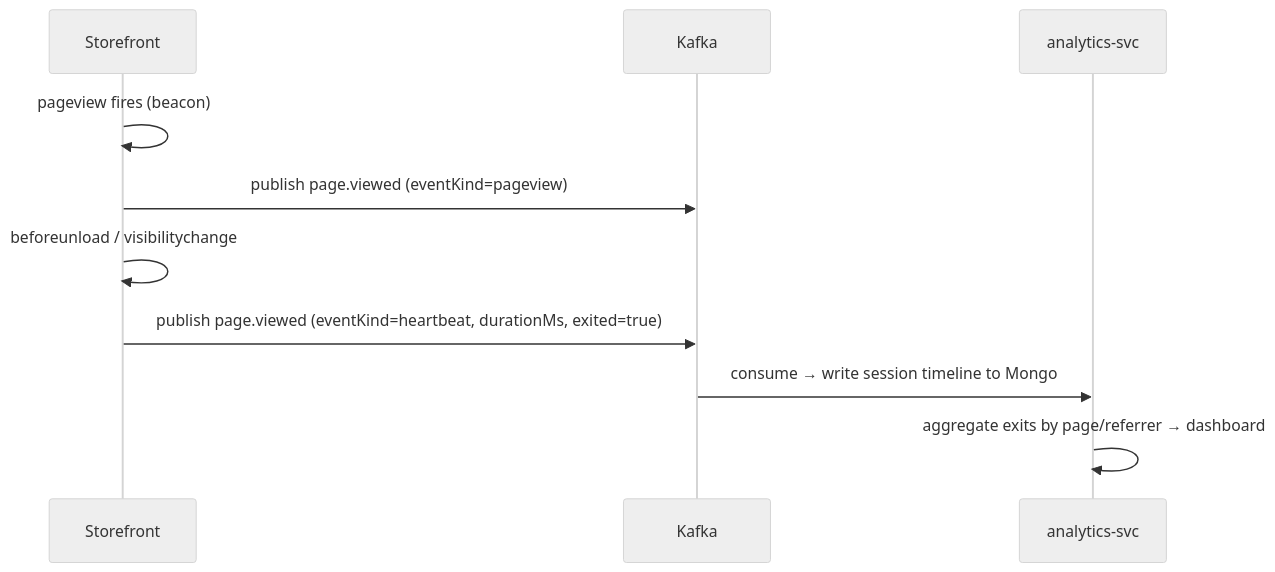
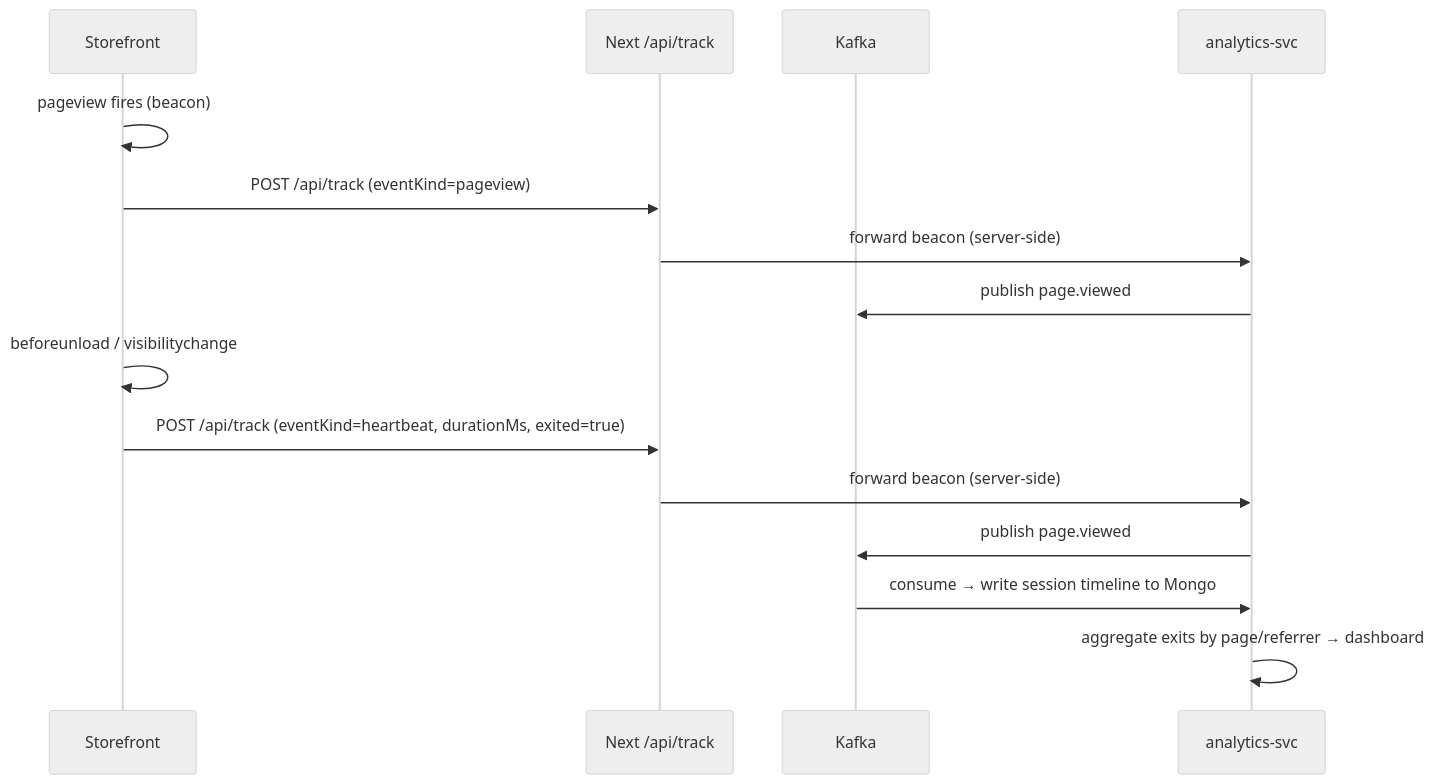
One commit to E-Commerce-BDA/Documentation changed the ninth of 9 diagrams in 1.Architecture.md. Above: the diagram before and after it, drawn with Mermaid (neutral theme). The commit also changed other lines of this file, not shown here.

First line of the commit message:
docs(architecture): correct the event transport claims

````diff
--- a/1.Architecture.md
+++ b/1.Architecture.md
@@ -731,13 +748,18 @@
 ```mermaid
 sequenceDiagram
     participant SF as Storefront
+    participant NB as Next /api/track
     participant K as Kafka
     participant AN as analytics-svc
 
     SF->>SF: pageview fires (beacon)
-    SF->>K: publish page.viewed (eventKind=pageview)
+    SF->>NB: POST /api/track (eventKind=pageview)
+    NB->>AN: forward beacon (server-side)
+    AN->>K: publish page.viewed
     SF->>SF: beforeunload / visibilitychange
-    SF->>K: publish page.viewed (eventKind=heartbeat, durationMs, exited=true)
+    SF->>NB: POST /api/track (eventKind=heartbeat, durationMs, exited=true)
+    NB->>AN: forward beacon (server-side)
+    AN->>K: publish page.viewed
     K->>AN: consume → write session timeline to Mongo
     AN->>AN: aggregate exits by page/referrer → dashboard
 ```
````
